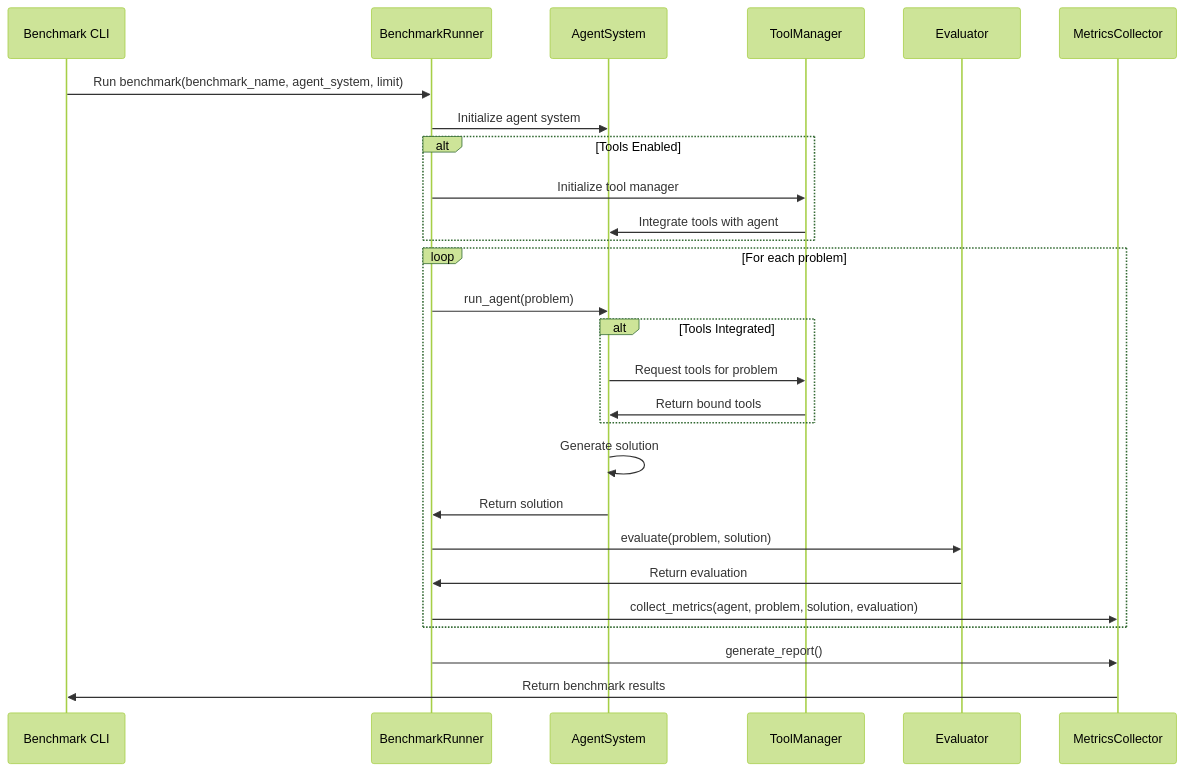
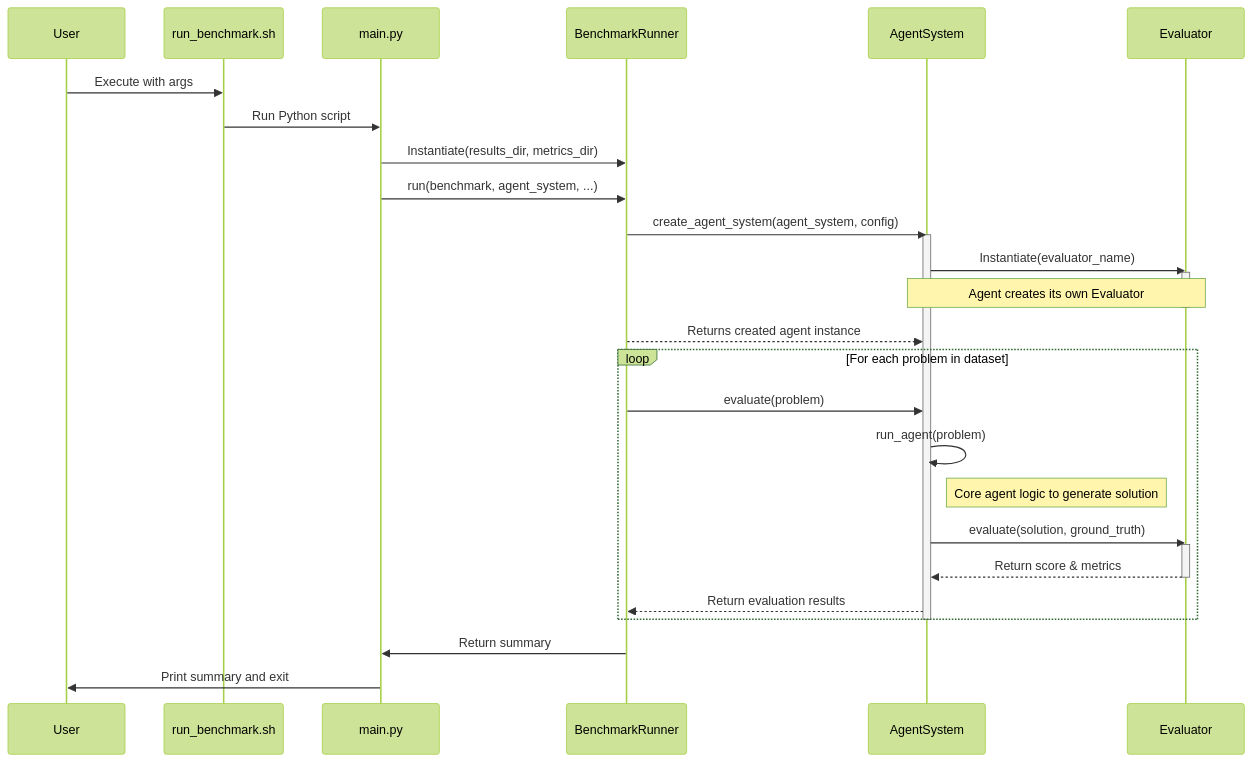
The second of 4 diagrams in docs/architecture/system_overview.md (zhhhhhhhy/MASArena), drawn with Mermaid (forest theme) before and after one commit. The commit also changed other lines of this file and 8 other files, not shown here.

Commit message:
Refactor agent systems to streamline prompt handling and improve evaluation logic across multiple agents. Update prompt formatting in various agents and remove redundant code for clarity and efficiency.

````diff
--- a/docs/architecture/system_overview.md
+++ b/docs/architecture/system_overview.md
@@ -18,37 +92,40 @@
 ```mermaid
 sequenceDiagram
-    participant CLI as Benchmark CLI
-    participant Runner as BenchmarkRunner
-    participant Agent as AgentSystem
-    participant Tools as ToolManager
-    participant Eval as Evaluator
-    participant Metrics as MetricsCollector
+    participant User
+    participant run_benchmark.sh
+    participant main.py
+    participant BenchmarkRunner
+    participant AgentSystem
+    participant Evaluator
+
+    User->>run_benchmark.sh: Execute with args
+    run_benchmark.sh->>main.py: Run Python script
+    main.py->>BenchmarkRunner: Instantiate(results_dir, metrics_dir)
+    main.py->>BenchmarkRunner: run(benchmark, agent_system, ...)
+
+    BenchmarkRunner->>AgentSystem: create_agent_system(agent_system, config)
+    activate AgentSystem
     
-    CLI->>Runner: Run benchmark(benchmark_name, agent_system, limit)
-    Runner->>Agent: Initialize agent system
+    AgentSystem->>Evaluator: Instantiate(evaluator_name)
+    activate Evaluator
+    Note over AgentSystem, Evaluator: Agent creates its own Evaluator
+    deactivate Evaluator
     
-    alt Tools Enabled
-        Runner->>Tools: Initialize tool manager
-        Tools->>Agent: Integrate tools with agent
+    BenchmarkRunner-->>AgentSystem: Returns created agent instance
+
+    loop For each problem in dataset
+        BenchmarkRunner->>AgentSystem: evaluate(problem)
+        AgentSystem->>AgentSystem: run_agent(problem)
+        Note right of AgentSystem: Core agent logic to generate solution
+        AgentSystem->>Evaluator: evaluate(solution, ground_truth)
+        activate Evaluator
+        Evaluator-->>AgentSystem: Return score & metrics
+        deactivate Evaluator
+        AgentSystem-->>BenchmarkRunner: Return evaluation results
     end
     
-    loop For each problem
-        Runner->>Agent: run_agent(problem)
-        
-        alt Tools Integrated
-            Agent->>Tools: Request tools for problem
-            Tools->>Agent: Return bound tools
-        end
-        
-        Agent->>Agent: Generate solution
-        Agent->>Runner: Return solution
-        
-        Runner->>Eval: evaluate(problem, solution)
-        Eval->>Runner: Return evaluation
-        
-        Runner->>Metrics: collect_metrics(agent, problem, solution, evaluation)
-    end
+    deactivate AgentSystem
     
-    Runner->>Metrics: generate_report()
-    Metrics->>CLI: Return benchmark results
+    BenchmarkRunner->>main.py: Return summary
+    main.py->>User: Print summary and exit
 ```
````
